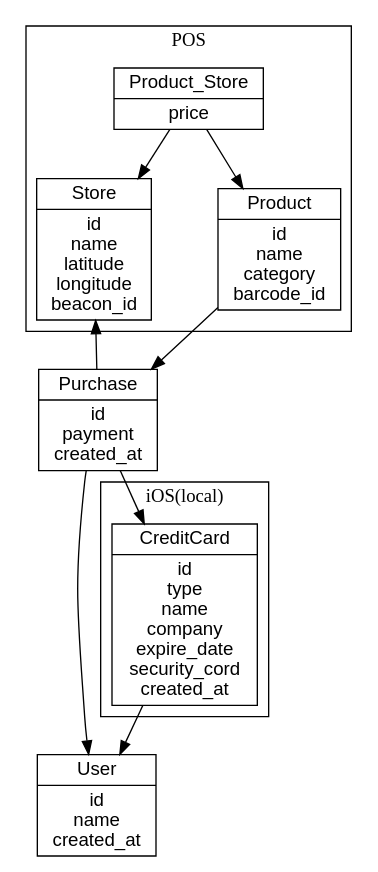
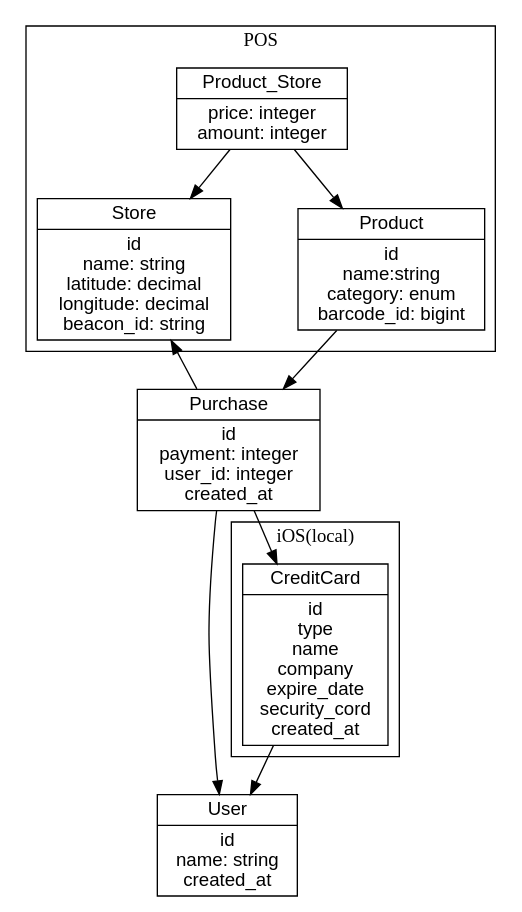
The diagram in db_schema.dot (out-of-tokyo/graphs), drawn with Graphviz before and after one commit. The commit also changed 1 other file, not shown here.

```diff
--- a/db_schema.dot
+++ b/db_schema.dot
@@ -1,29 +1,29 @@
 digraph G {
    graph [size = "14, 11"];
    graph [nodesep = 0.7];
    node [shape = record, height = 0.01,
          fontname = "Helvetica", fontsize = 14];
 
-   User [label = "{User|id\nname\ncreated_at}"];
-   Purchase [label = "{Purchase|id\npayment\ncreated_at}"];
+   User [label = "{User|id\nname: string\ncreated_at}"];
+   Purchase [label = "{Purchase|id\npayment: integer\nuser_id: integer\ncreated_at}"];
 
    subgraph cluster_0 {
       label = "POS"
-      Store [label = "{Store|id\nname\nlatitude\nlongitude\nbeacon_id}"];
-      Product [label = "{Product|id\nname\ncategory\nbarcode_id}"];
-      Product_Store [label = "{Product_Store|price}"];
+      Store [label = "{Store|id\nname: string\nlatitude: decimal\nlongitude: decimal\nbeacon_id: string}"];
+      Product [label = "{Product|id\nname:string\ncategory: enum\nbarcode_id: bigint}"];
+      Product_Store [label = "{Product_Store|price: integer\namount: integer}"];
    }
 
    subgraph cluster_1 {
       label = "iOS(local)"
       CreditCard [label = "{CreditCard|id\ntype\nname\ncompany\nexpire_date\nsecurity_cord\ncreated_at}"];
    }
 
    Purchase -> Store;
    Purchase -> User;
    Purchase -> CreditCard;
    Product_Store -> Store ;
    Product_Store -> Product ;
    Product -> Purchase;
    CreditCard -> User;
 }
```
